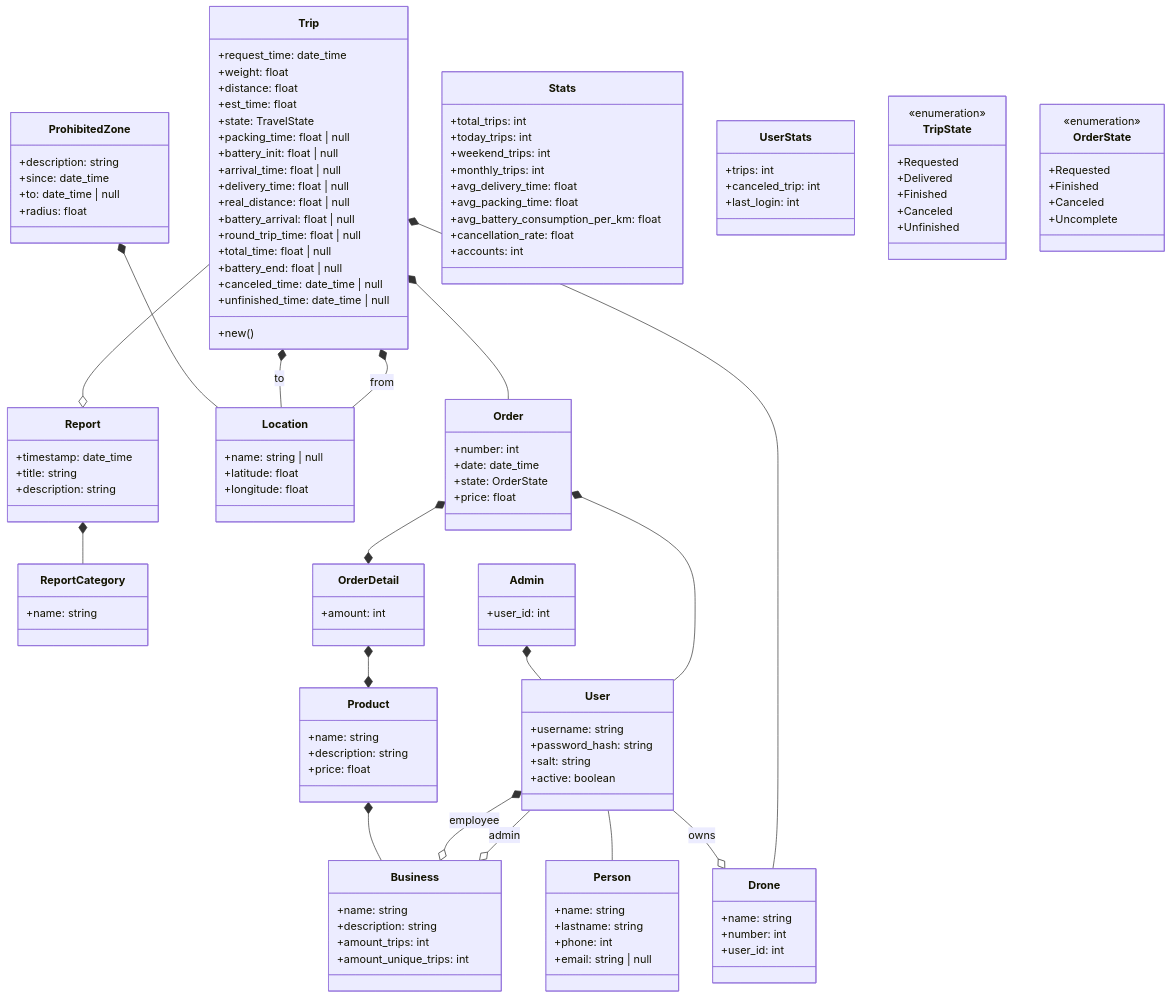
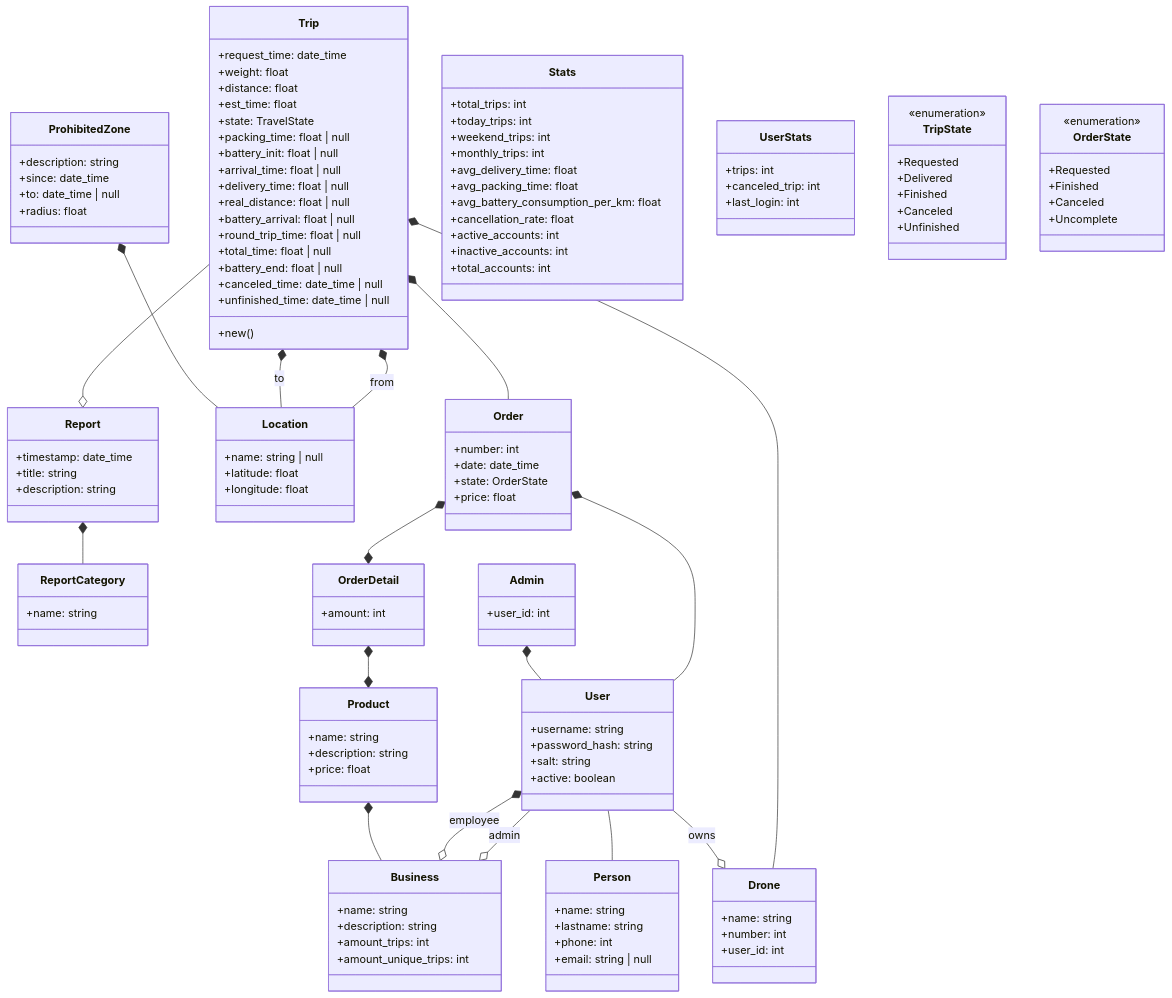
Before and after one commit to vector-sur/backend: the first of 2 diagrams in README.md, drawn with Mermaid. The commit also changed 10 other files, not shown here.

```diff
--- a/README.md
+++ b/README.md
@@ -46,7 +46,9 @@
 
         +cancellation_rate: float
 
-        +accounts: int
+        +active_accounts: int
+        +inactive_accounts: int
+        +total_accounts: int
     }
 
     class Order {
```
